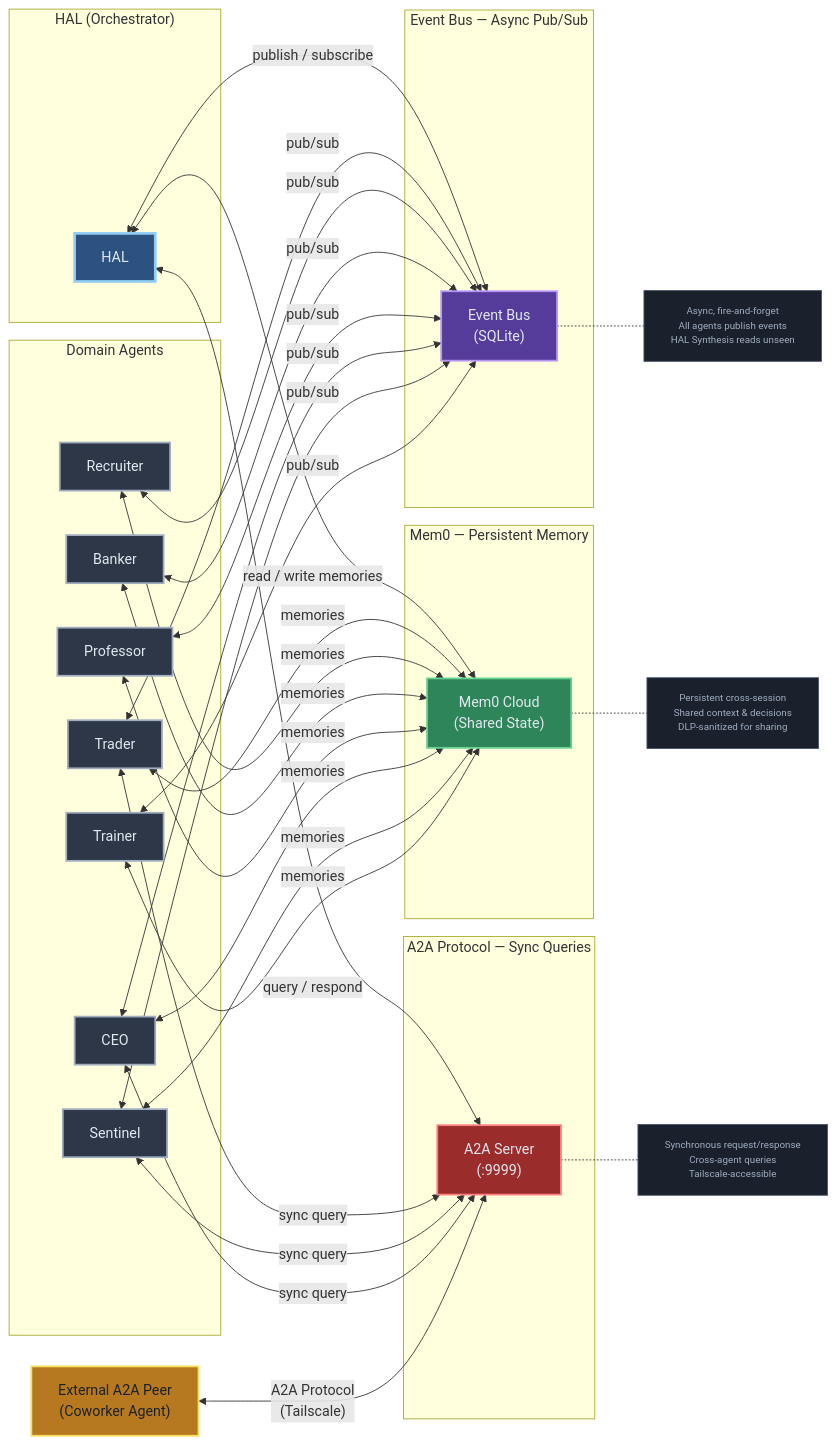
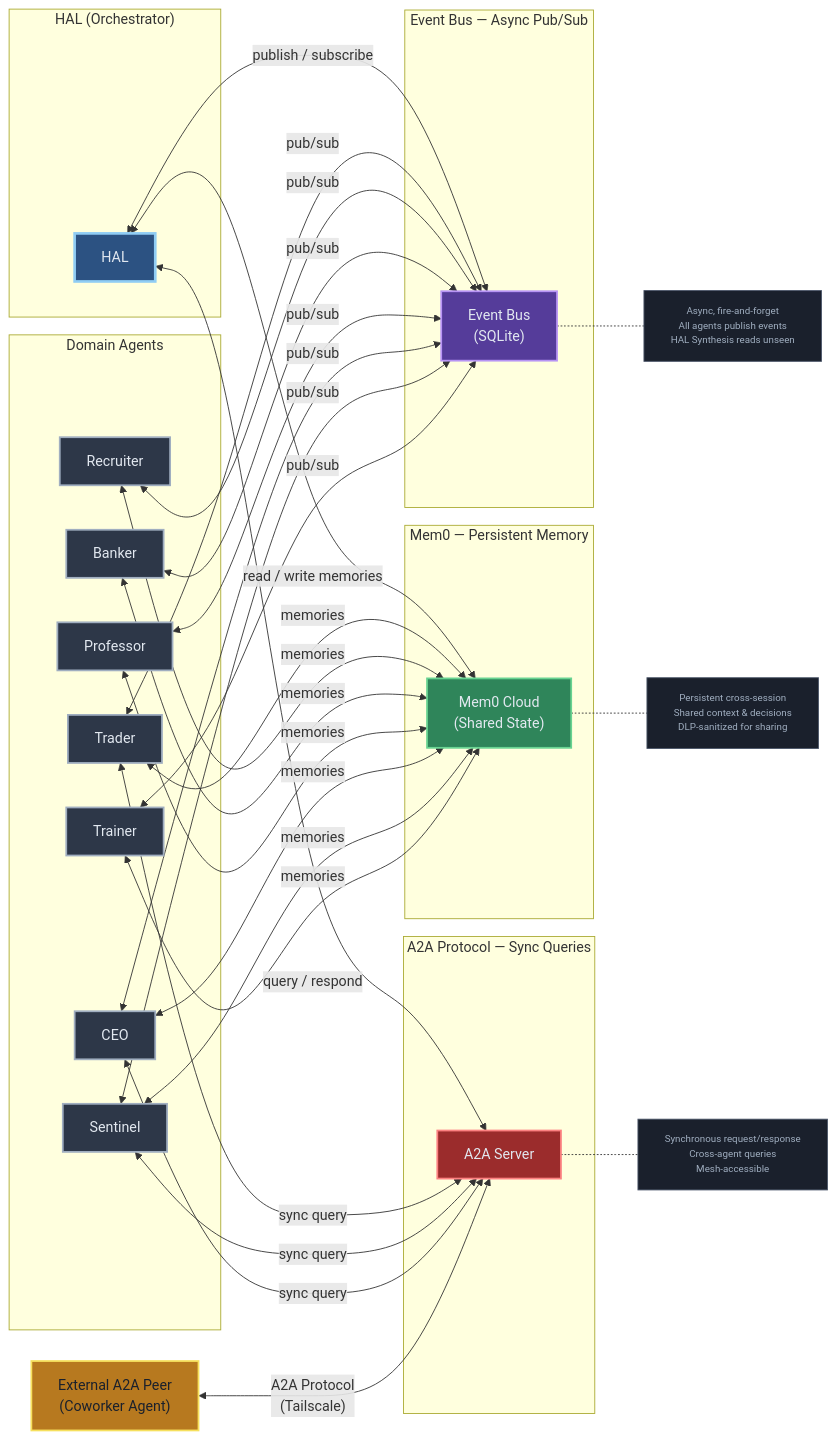
The diagram in diagrams/agent-communication.mmd (zach-abraham/clawd-hq), drawn with Mermaid before and after one commit.

Commit message:
security: sanitize agent communication diagram - remove port references

```diff
--- a/diagrams/agent-communication.mmd
+++ b/diagrams/agent-communication.mmd
@@ -1,83 +1,83 @@
 graph LR
     subgraph HAL_NODE["HAL (Orchestrator)"]
         HAL["HAL"]
     end
 
     subgraph CHANNEL_EB["Event Bus — Async Pub/Sub"]
         EB["Event Bus<br/>(SQLite)"]
     end
 
     subgraph CHANNEL_MEM0["Mem0 — Persistent Memory"]
         MEM0["Mem0 Cloud<br/>(Shared State)"]
     end
 
     subgraph CHANNEL_A2A["A2A Protocol — Sync Queries"]
-        A2A["A2A Server<br/>(:9999)"]
+        A2A["A2A Server"]
     end
 
     subgraph DOMAIN_AGENTS["Domain Agents"]
         TRADER["Trader"]
         RECRUITER["Recruiter"]
         BANKER["Banker"]
         PROFESSOR["Professor"]
         CEO["CEO"]
         SENTINEL["Sentinel"]
         TRAINER["Trainer"]
     end
 
     %% HAL connects to all three channels
     HAL <-->|"publish / subscribe"| EB
     HAL <-->|"read / write memories"| MEM0
     HAL <-->|"query / respond"| A2A
 
     %% All domain agents use Event Bus
     TRADER <-->|pub/sub| EB
     RECRUITER <-->|pub/sub| EB
     BANKER <-->|pub/sub| EB
     PROFESSOR <-->|pub/sub| EB
     CEO <-->|pub/sub| EB
     SENTINEL <-->|pub/sub| EB
     TRAINER <-->|pub/sub| EB
 
     %% All domain agents use Mem0
     TRADER <-->|memories| MEM0
     RECRUITER <-->|memories| MEM0
     BANKER <-->|memories| MEM0
     PROFESSOR <-->|memories| MEM0
     CEO <-->|memories| MEM0
     SENTINEL <-->|memories| MEM0
     TRAINER <-->|memories| MEM0
 
     %% Select agents use A2A for synchronous queries
     TRADER <-->|sync query| A2A
     SENTINEL <-->|sync query| A2A
     CEO <-->|sync query| A2A
 
     %% External A2A peer
     PEER["External A2A Peer<br/>(Coworker Agent)"] <-->|"A2A Protocol<br/>(Tailscale)"| A2A
 
     %% Channel descriptions as notes
     EB_NOTE["Async, fire-and-forget<br/>All agents publish events<br/>HAL Synthesis reads unseen"]
     MEM0_NOTE["Persistent cross-session<br/>Shared context & decisions<br/>DLP-sanitized for sharing"]
-    A2A_NOTE["Synchronous request/response<br/>Cross-agent queries<br/>Tailscale-accessible"]
+    A2A_NOTE["Synchronous request/response<br/>Cross-agent queries<br/>Mesh-accessible"]
 
     EB -.- EB_NOTE
     MEM0 -.- MEM0_NOTE
     A2A -.- A2A_NOTE
 
     %% Styles
     classDef hal fill:#2c5282,stroke:#90cdf4,color:#e2e8f0,stroke-width:3px
     classDef agent fill:#2d3748,stroke:#a0aec0,color:#e2e8f0,stroke-width:2px
     classDef eventbus fill:#553c9a,stroke:#b794f4,color:#e2e8f0,stroke-width:2px
     classDef mem0 fill:#2f855a,stroke:#68d391,color:#e2e8f0,stroke-width:2px
     classDef a2a fill:#9b2c2c,stroke:#fc8181,color:#e2e8f0,stroke-width:2px
     classDef peer fill:#b7791f,stroke:#f6e05e,color:#1a202c,stroke-width:2px
     classDef note fill:#1a202c,stroke:#4a5568,color:#a0aec0,stroke-width:1px,font-size:11px
 
     class HAL hal
     class TRADER,RECRUITER,BANKER,PROFESSOR,CEO,SENTINEL,TRAINER agent
     class EB eventbus
     class MEM0 mem0
     class A2A a2a
     class PEER peer
     class EB_NOTE,MEM0_NOTE,A2A_NOTE note
```
